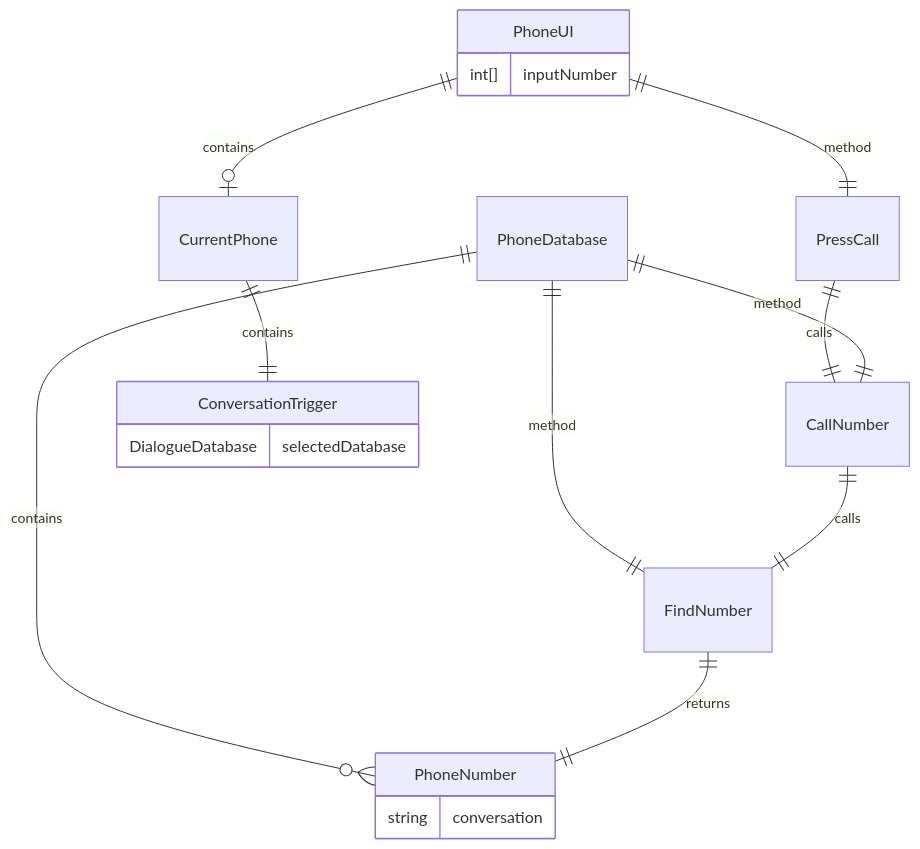
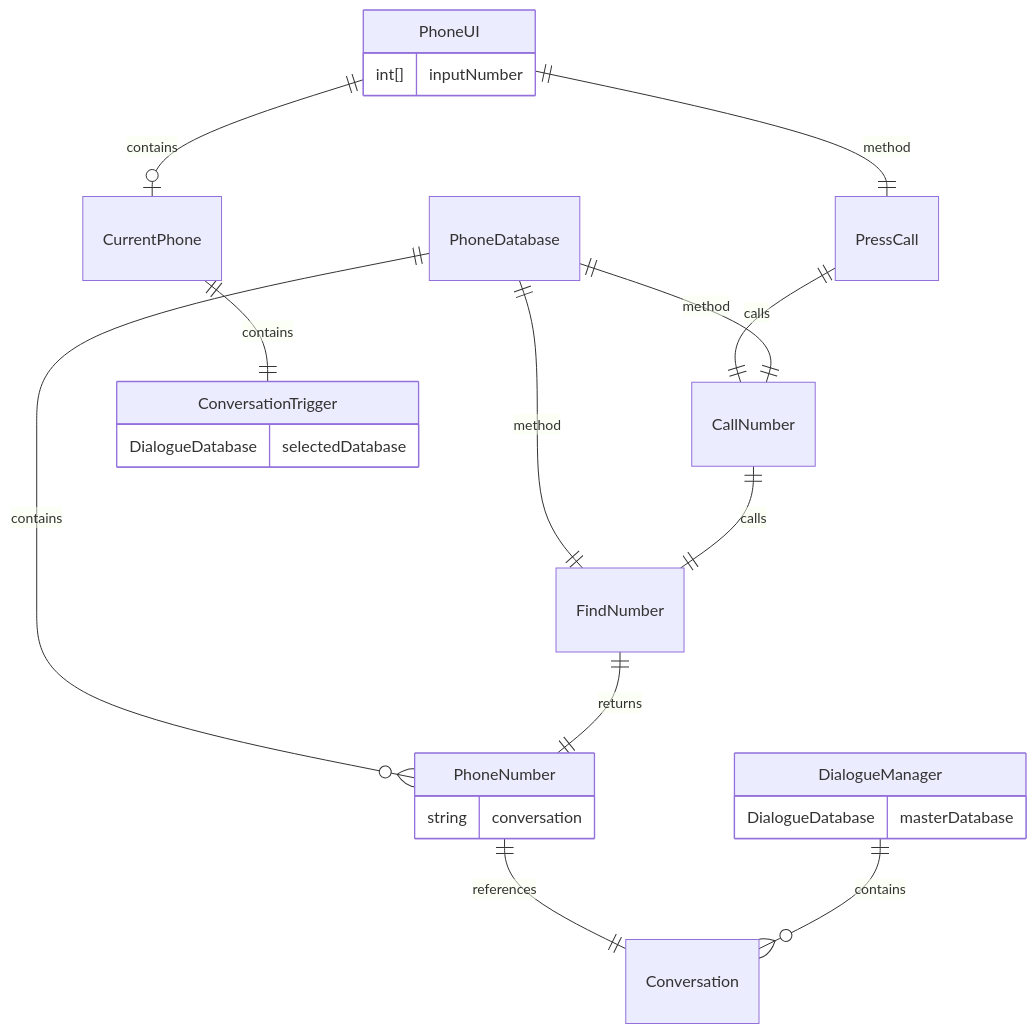
The diagram in src/GreenMushLib/Diagrams/Telephony.md (ObenseuerModding/GreenMushLib), drawn with Mermaid before and after one commit.

Commit message:
docs: update understanding of telephony

````diff
--- a/src/GreenMushLib/Diagrams/Telephony.md
+++ b/src/GreenMushLib/Diagrams/Telephony.md
@@ -7,21 +7,26 @@
 ```mermaid
 erDiagram
     PhoneUI {
         int[] inputNumber
     }
     PhoneUI ||--o| CurrentPhone : contains
     PhoneUI ||--|| PressCall : method
     PressCall ||--|| CallNumber : calls
     PhoneDatabase ||--o{ PhoneNumber : contains
     PhoneDatabase ||--|| CallNumber : method
     PhoneDatabase ||--|| FindNumber : method
     CallNumber ||--|| FindNumber : calls
     FindNumber ||--|| PhoneNumber : returns
     PhoneNumber {
         string conversation
     }
+    PhoneNumber ||--|| Conversation : references
     CurrentPhone ||--|| ConversationTrigger : contains
     ConversationTrigger {
         DialogueDatabase selectedDatabase
     }
+    DialogueManager {
+        DialogueDatabase masterDatabase
+    }
+    DialogueManager ||--o{ Conversation : contains
 ```
````
